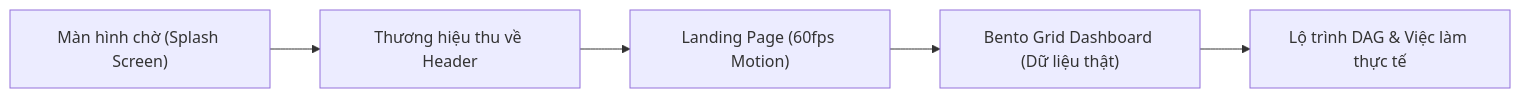
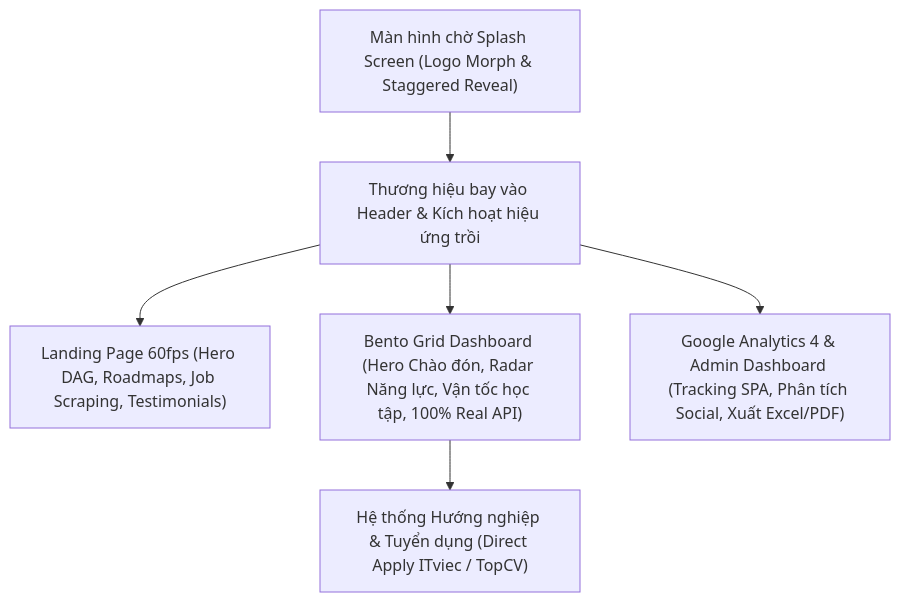
One commit to dnnNam/edumap-AI changed the diagram in docs/EDUMAP_AI_UI_UX_UPGRADE_REPORT.md. Above: the diagram before and after it, drawn with Mermaid. The commit also changed other lines of this file, not shown here.

Commit message:
docs: expand detailed GA4 and Bento Grid Dashboard sections in report

````diff
--- a/docs/EDUMAP_AI_UI_UX_UPGRADE_REPORT.md
+++ b/docs/EDUMAP_AI_UI_UX_UPGRADE_REPORT.md
@@ -18,7 +19,8 @@
 ```mermaid
-flowchart LR
-    A["Màn hình chờ (Splash Screen)"] --> B["Thương hiệu thu về Header"]
-    B --> C["Landing Page (60fps Motion)"]
-    C --> D["Bento Grid Dashboard (Dữ liệu thật)"]
-    D --> E["Lộ trình DAG & Việc làm thực tế"]
+flowchart TD
+    A["Màn hình chờ Splash Screen (Logo Morph & Staggered Reveal)"] --> B["Thương hiệu bay vào Header & Kích hoạt hiệu ứng trồi"]
+    B --> C["Landing Page 60fps (Hero DAG, Roadmaps, Job Scraping, Testimonials)"]
+    B --> D["Bento Grid Dashboard (Hero Chào đón, Radar Năng lực, Vận tốc học tập, 100% Real API)"]
+    D --> E["Hệ thống Hướng nghiệp & Tuyển dụng (Direct Apply ITviec / TopCV)"]
+    B --> F["Google Analytics 4 & Admin Dashboard (Tracking SPA, Phân tích Social, Xuất Excel/PDF)"]
 ```
````
